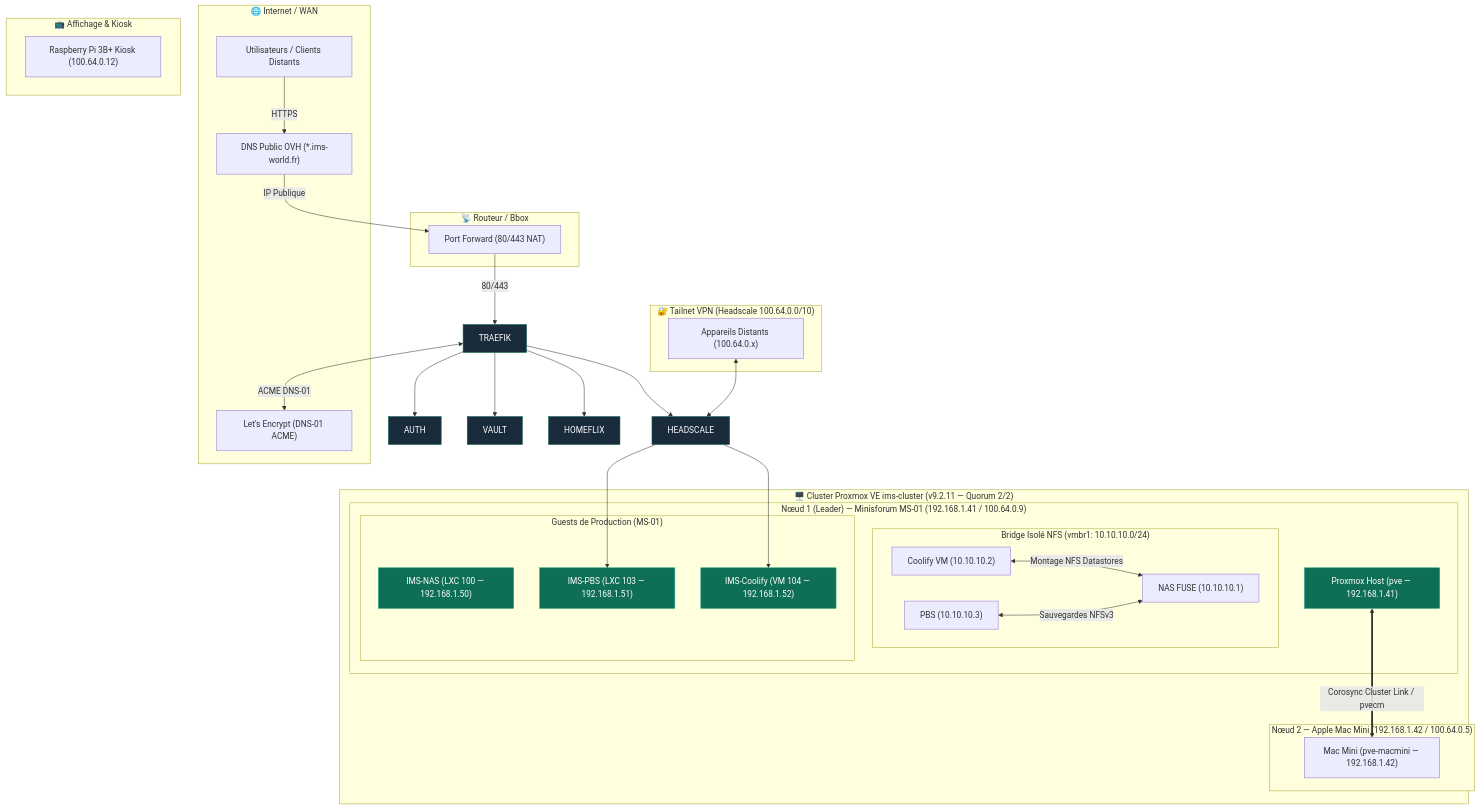
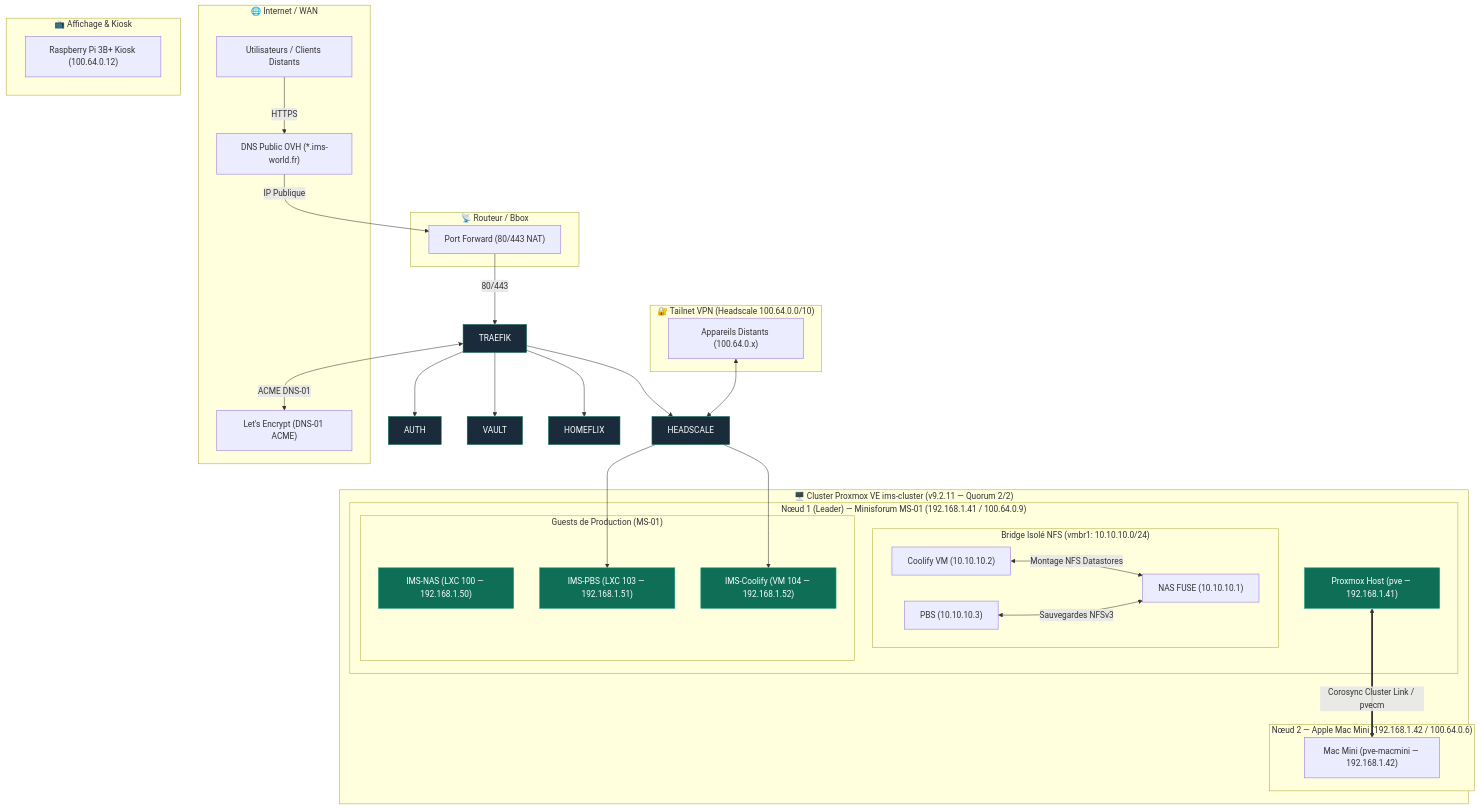
One commit to ims-world/docs changed the diagram in README.md. Above: the diagram before and after it, drawn with Mermaid. The commit also changed 7 other files, not shown here.

Commit message:
docs: mise a jour de l'IP Tailscale du Mac Mini (100.64.0.6) sur l'ensemble de la documentation et des schemas

````diff
--- a/README.md
+++ b/README.md
@@ -26,72 +26,72 @@
 ```mermaid
 flowchart TB
     subgraph WAN ["🌐 Internet / WAN"]
         USERS["Utilisateurs / Clients Distants"]
         DNS["DNS Public OVH (*.ims-world.fr)"]
         ACME["Let's Encrypt (DNS-01 ACME)"]
     end
 
     subgraph ROUTER ["📡 Routeur / Bbox"]
         PF["Port Forward (80/443 NAT)"]
     end
 
     subgraph PROXMOX_CLUSTER ["🖥️ Cluster Proxmox VE ims-cluster (v9.2.11 — Quorum 2/2)"]
         subgraph NODE1 ["Nœud 1 (Leader) — Minisforum MS-01 (192.168.1.41 / 100.64.0.9)"]
             PVE_HOST["Proxmox Host (pve — 192.168.1.41)"]
             
             subgraph VMBR1 ["Bridge Isolé NFS (vmbr1: 10.10.10.0/24)"]
                 direction LR
                 NAS_ISO["NAS FUSE (10.10.10.1)"]
                 PBS_ISO["PBS (10.10.10.3)"]
                 COOL_ISO["Coolify VM (10.10.10.2)"]
             end
 
             subgraph GUESTS ["Guests de Production (MS-01)"]
                 LXC_NAS["IMS-NAS (LXC 100 — 192.168.1.50)"]
                 LXC_PBS["IMS-PBS (LXC 103 — 192.168.1.51)"]
                 VM_COOLIFY["IMS-Coolify (VM 104 — 192.168.1.52)"]
             end
         end
 
-        subgraph NODE2 ["Nœud 2 — Apple Mac Mini (192.168.1.42 / 100.64.0.5)"]
+        subgraph NODE2 ["Nœud 2 — Apple Mac Mini (192.168.1.42 / 100.64.0.6)"]
             MAC_MINI["Mac Mini (pve-macmini — 192.168.1.42)"]
         end
 
         PVE_HOST <==>|Corosync Cluster Link / pvecm| MAC_MINI
     end
 
     subgraph TAILNET ["🔐 Tailnet VPN (Headscale 100.64.0.0/10)"]
         CLIENTS["Appareils Distants (100.64.0.x)"]
     end
 
     subgraph SATELLITES ["📺 Affichage & Kiosk"]
         RPI["Raspberry Pi 3B+ Kiosk (100.64.0.12)"]
     end
 
     %% Connexions WAN et Réseau
     USERS -->|HTTPS| DNS
     DNS -->|IP Publique| PF
     PF -->|80/443| TRAEFIK
     TRAEFIK <-->|ACME DNS-01| ACME
 
     %% Routage Interne Traefik
     TRAEFIK --> AUTH
     TRAEFIK --> VAULT
     TRAEFIK --> HOMEFLIX
     TRAEFIK --> HEADSCALE
 
     %% Liaisons NFS Interne vmbr1
     COOL_ISO <-->|Montage NFS Datastores| NAS_ISO
     PBS_ISO <-->|Sauvegardes NFSv3| NAS_ISO
 
     %% Liaisons Tailscale
     CLIENTS <--> HEADSCALE
     HEADSCALE --> LXC_PBS
     HEADSCALE --> VM_COOLIFY
 
     classDef host fill:#0F6E56,stroke:#16A085,color:#fff;
     classDef guest fill:#1a2b3c,stroke:#0F6E56,color:#fff;
     classDef wan fill:#2c3e50,stroke:#34495e,color:#fff;
     class PVE_HOST,LXC_NAS,LXC_PBS,VM_COOLIFY host;
     class TRAEFIK,AUTH,VAULT,HOMEFLIX,HEADSCALE guest;
 ```
````
